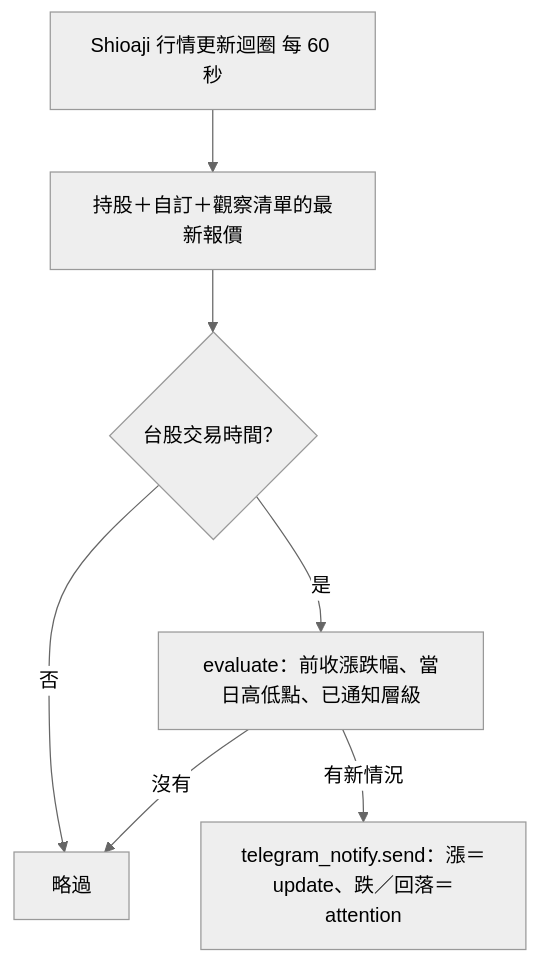
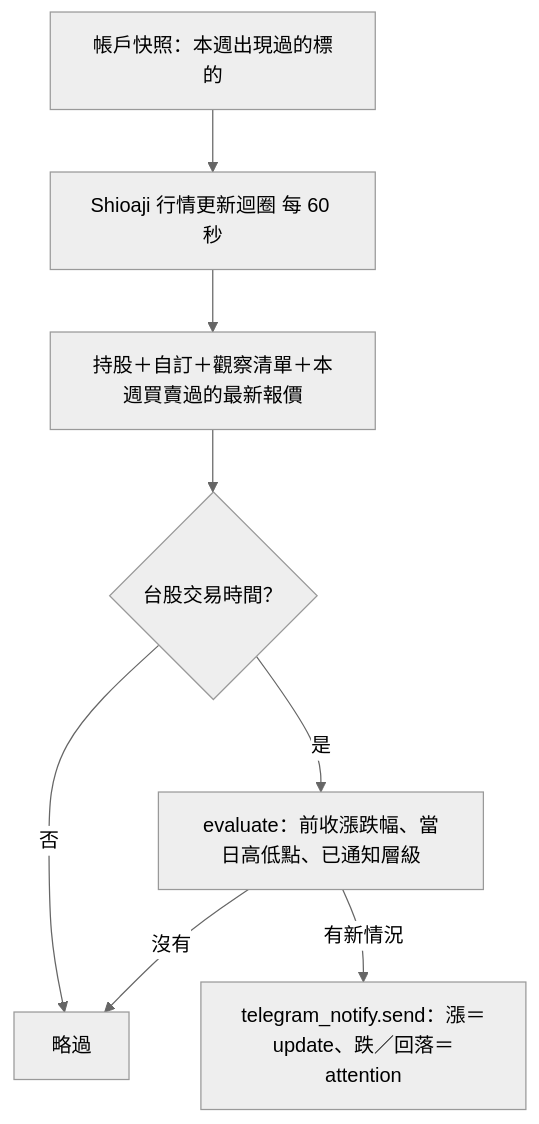
One commit to Vinskao/maya-sawa changed the diagram in docs/INTRADAY_ALERTS.md. Above: the diagram before and after it, drawn with Mermaid (neutral theme). The commit also changed other lines of this file and 4 other files, not shown here.

````diff
--- a/docs/INTRADAY_ALERTS.md
+++ b/docs/INTRADAY_ALERTS.md
@@ -18,9 +18,10 @@
 ```mermaid
 flowchart TD
-    R[Shioaji 行情更新迴圈 每 60 秒] --> Q[持股＋自訂＋觀察清單的最新報價]
+    W[帳戶快照：本週出現過的標的] --> R
+    R[Shioaji 行情更新迴圈 每 60 秒] --> Q[持股＋自訂＋觀察清單＋本週買賣過的最新報價]
     Q --> H{台股交易時間？}
     H -->|否| X[略過]
     H -->|是| E[evaluate：前收漲跌幅、當日高低點、已通知層級]
     E -->|有新情況| T[telegram_notify.send：漲＝update、跌／回落＝attention]
     E -->|沒有| X
 ```
````
